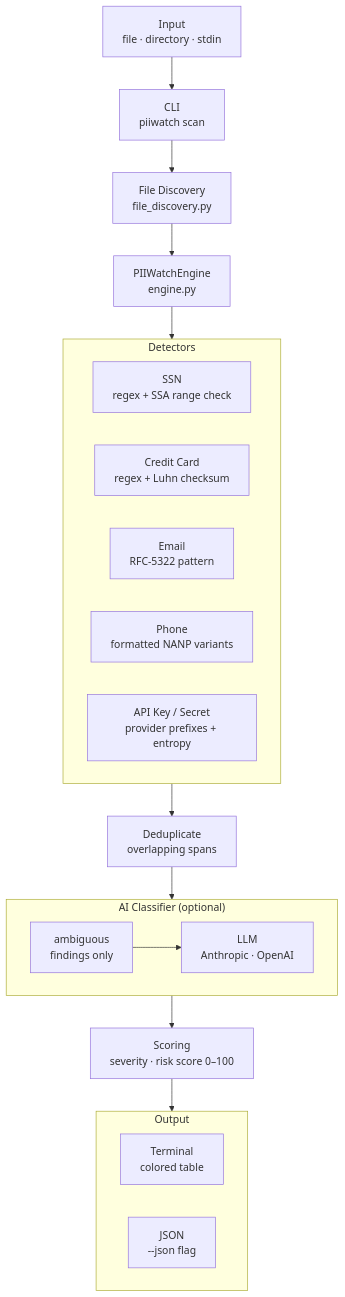
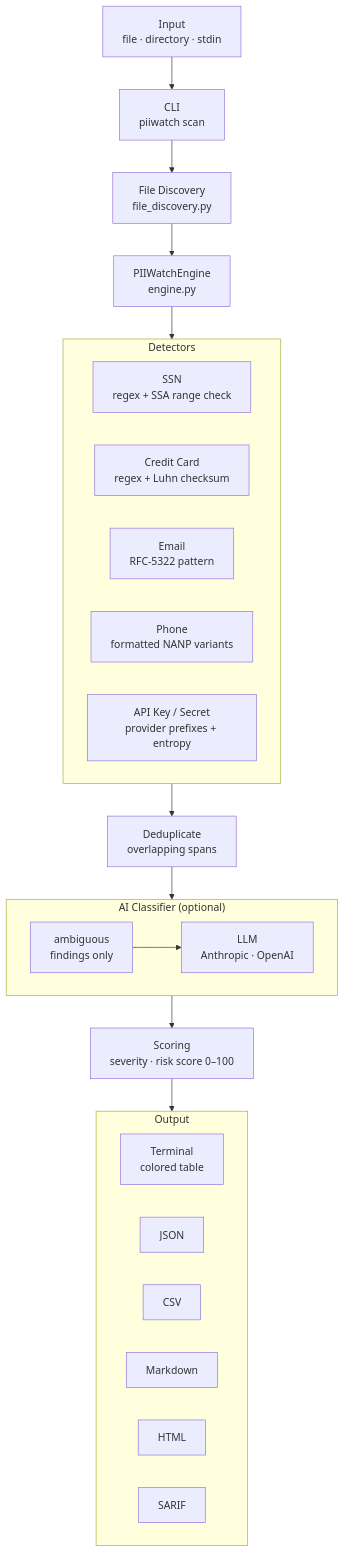
Before and after one commit to jssika/piiwatch: the diagram in README.md, drawn with Mermaid. The commit also changed other lines of this file and 7 other files, not shown here.

````diff
--- a/README.md
+++ b/README.md
@@ -130,38 +179,42 @@
 ```mermaid
 flowchart TD
     Input["Input\nfile · directory · stdin"]
     CLI["CLI\npiiwatch scan"]
     Discovery["File Discovery\nfile_discovery.py"]
     Engine["PIIWatchEngine\nengine.py"]
 
     subgraph Detectors
         D1["SSN\nregex + SSA range check"]
         D2["Credit Card\nregex + Luhn checksum"]
         D3["Email\nRFC-5322 pattern"]
         D4["Phone\nformatted NANP variants"]
         D5["API Key / Secret\nprovider prefixes + entropy"]
     end
 
     Dedupe["Deduplicate\noverlapping spans"]
 
     subgraph AI ["AI Classifier (optional)"]
         direction LR
         Ambiguous["ambiguous\nfindings only"]
         LLM["LLM\nAnthropic · OpenAI"]
         Ambiguous --> LLM
     end
 
     Scoring["Scoring\nseverity · risk score 0–100"]
 
     subgraph Output
         Terminal["Terminal\ncolored table"]
-        JSON["JSON\n--json flag"]
+        JSON["JSON"]
+        CSV["CSV"]
+        Markdown["Markdown"]
+        HTML["HTML"]
+        SARIF["SARIF"]
     end
 
     Input --> CLI --> Discovery --> Engine
     Engine --> Detectors
     Detectors --> Dedupe
     Dedupe --> AI
     AI --> Scoring
     Scoring --> Output
 ```
````
